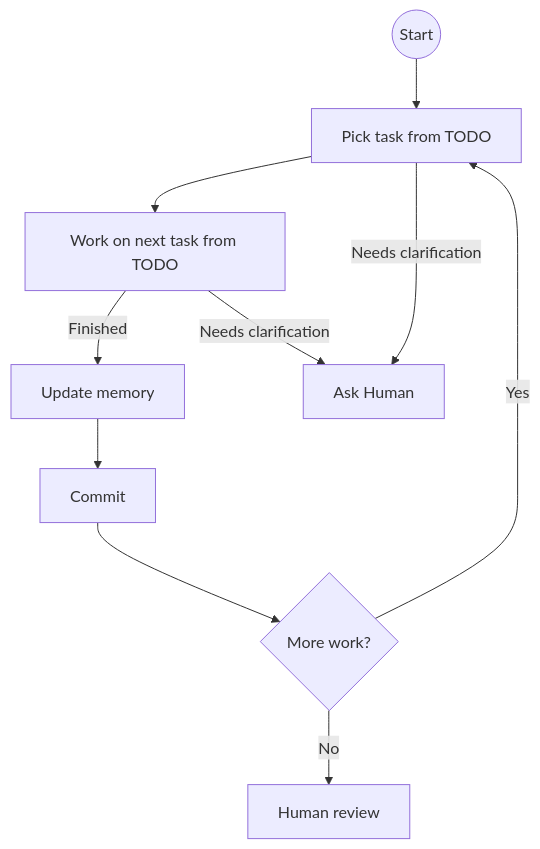
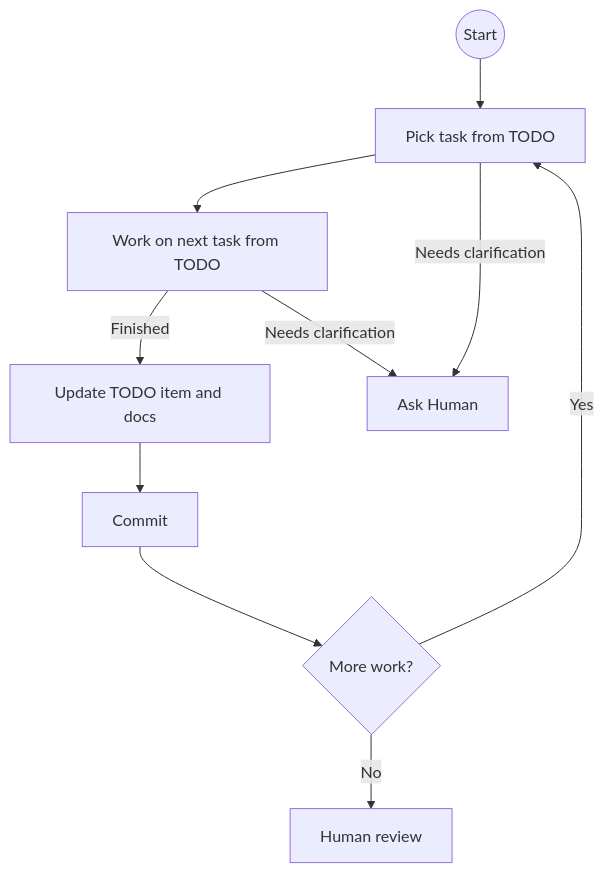
The diagram in AGENTS.md (marcingurbisz/idea-execution-framework), drawn with Mermaid before and after one commit. The commit also changed other lines of this file and 2 other files, not shown here.

Commit message:
#human: update AGENTS.md and README.md for clarity + todo update

````diff
--- a/AGENTS.md
+++ b/AGENTS.md
@@ -68,12 +36,12 @@
 ```mermaid
 flowchart TD
     A@{ shape: circle, label: "Start" } --> B[Pick task from TODO]
     B --> C[Work on next task from TODO]
-    C -->|Finished| E[Update memory]
+    C -->|Finished| E[Update TODO item and docs]
     C -->|Needs clarification| H[Ask Human]
     B -->|Needs clarification| H
     E --> Z["Commit"]
     Z --> G{More work?}
     G -->|Yes| B
     G -->|No| I[Human review]
 ```
````
